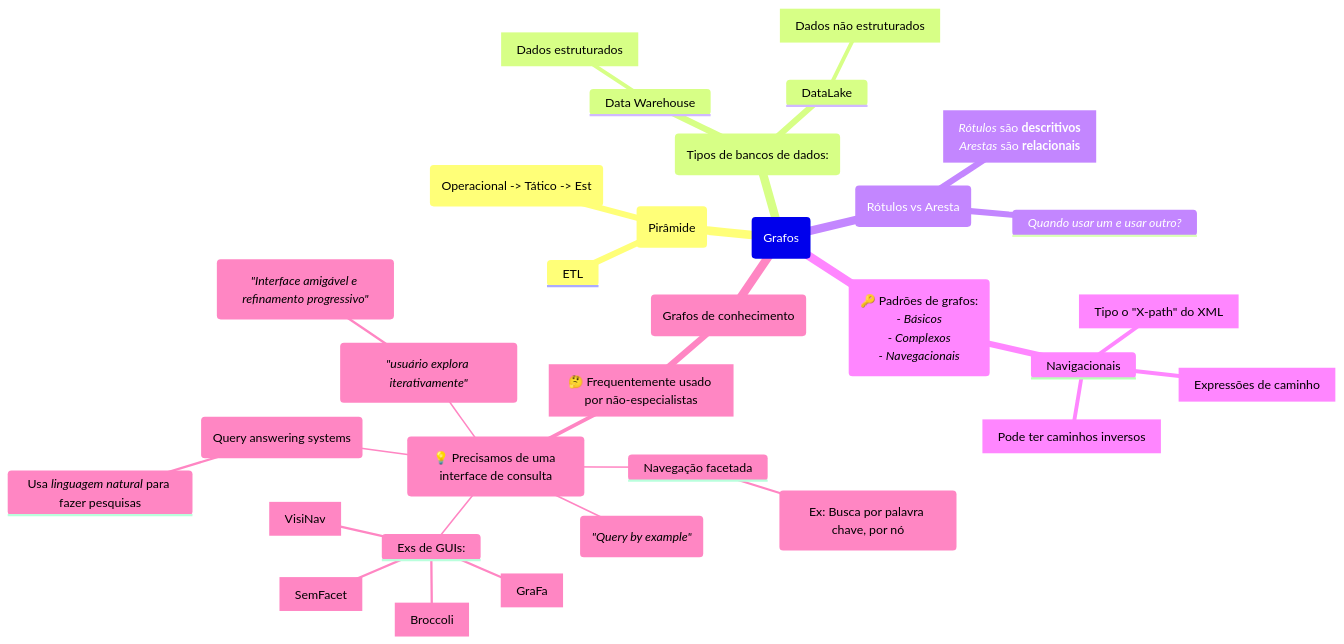
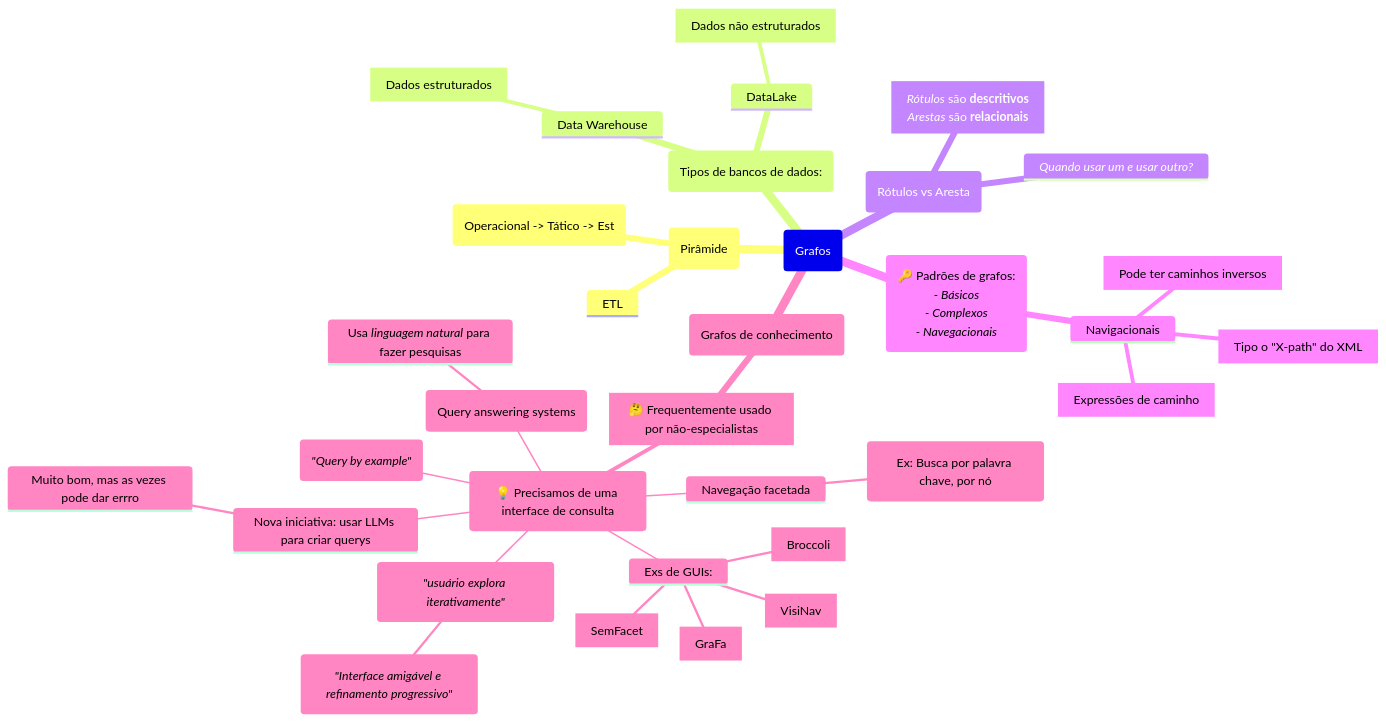
Before and after one commit to Igorino/joplin-notes: the diagram in Mestrado/Segundo Semestre/SIN5033 - Grafos de conhecimento e Ontologias/Anotações/De Aulas/Aula do dia 2026 04 08.md, drawn with Mermaid.

Commit message:
Exported on 2026-04-08_16-20-51

````diff
--- a/Mestrado/Segundo Semestre/SIN5033 - Grafos de conhecimento e Ontologias/Anotações/De Aulas/Aula do dia 2026 04 08.md
+++ b/Mestrado/Segundo Semestre/SIN5033 - Grafos de conhecimento e Ontologias/Anotações/De Aulas/Aula do dia 2026 04 08.md
@@ -1,46 +1,49 @@
 ```mermaid
 mindmap
 	Root(Grafos)
 		(Pirâmide)
 			("Operacional -> Tático -> Est")
 			ETL
 
 		(Tipos de bancos de dados:)		
 			DataLake
 				[Dados não estruturados]
 			Data Warehouse
 				[Dados estruturados]
 
 		(Rótulos vs Aresta)
 			*Quando usar um e usar outro?*
 			[*Rótulos* são **descritivos**
 			*Arestas* são **relacionais**]
 
 		(🔑 Padrões de grafos:
 		*- Básicos*
 		*- Complexos*
 		*- Navegacionais*)
 			
 			Navigacionais
 				[Tipo o "X-path" do XML]
 				["Expressões de caminho"]
 				[Pode ter caminhos inversos]
 
 		(Grafos de conhecimento)
 			[🤔 Frequentemente usado por não-especialistas]
 				(💡 Precisamos de uma interface de consulta)
 					Navegação facetada
 						(Ex: Busca por palavra chave, por nó)
 					(*"usuário explora iterativamente"*) 
 						(*"Interface amigável e refinamento progressivo"*)
 					(*"Query by example"*)
 					Exs de GUIs:
 						[Broccoli]
 						[VisiNav]
 						[SemFacet]
 						[GraFa]
 					(Query answering systems)
 						Usa *linguagem natural* para fazer pesquisas
 
+					Nova iniciativa: usar LLMs para criar querys
+						Muito bom, mas as vezes pode dar errro
+
 			
 ```
````
